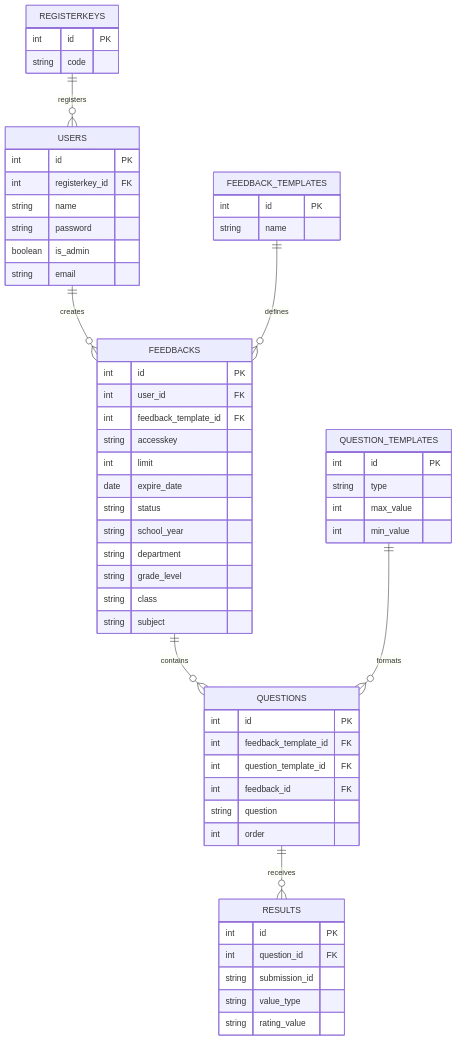
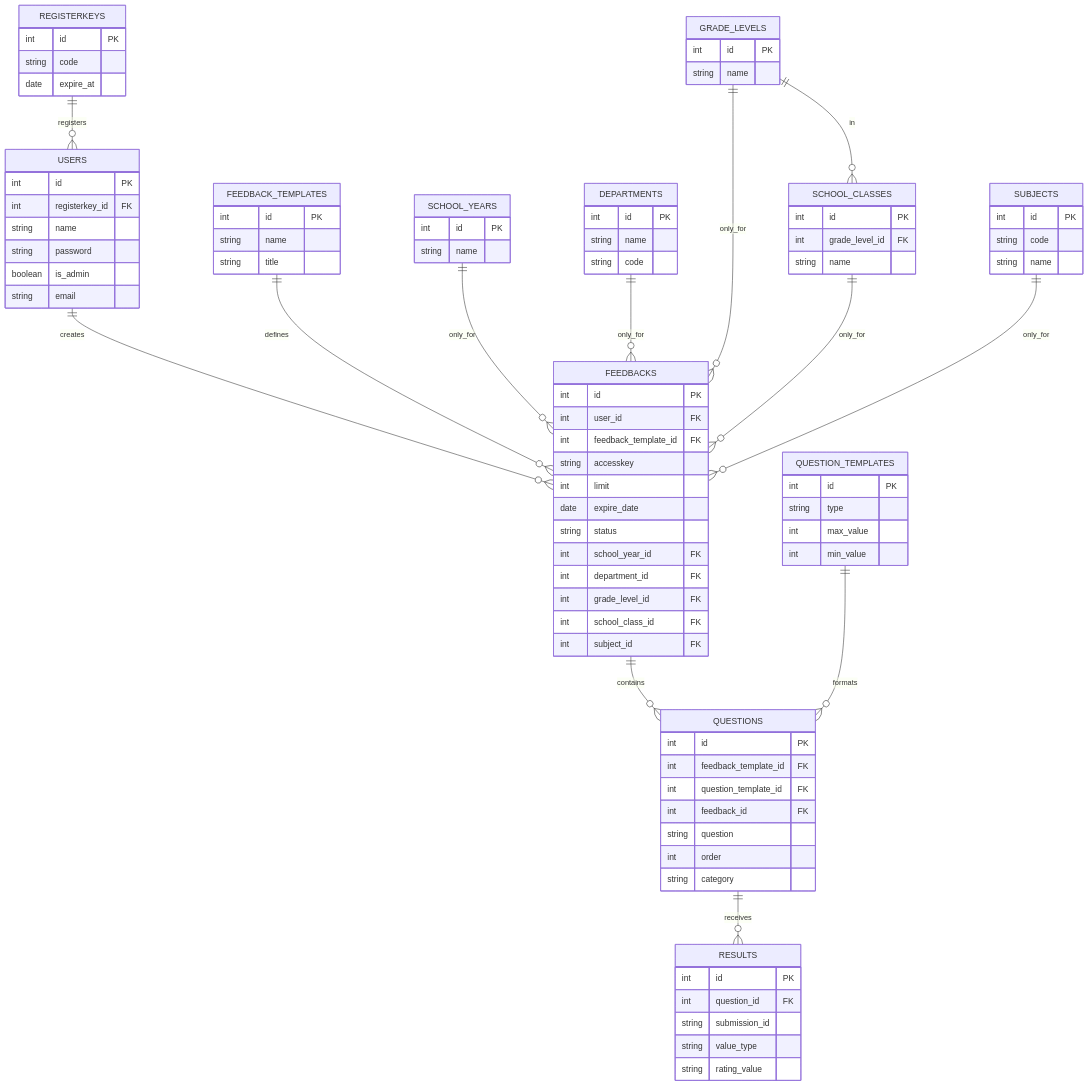
The diagram in Database_Relations.md (feedback-forms/feedback-forms), drawn with Mermaid before and after one commit. The commit also changed other lines of this file, not shown here.

Commit message:
change ER Model to match normalized database schema

````diff
--- a/Database_Relations.md
+++ b/Database_Relations.md
@@ -6,6 +6,12 @@
     FEEDBACKS ||--o{ QUESTIONS : contains
     QUESTION_TEMPLATES ||--o{ QUESTIONS : formats
     QUESTIONS ||--o{ RESULTS : receives
+    SCHOOL_YEARS ||--o{ FEEDBACKS : only_for
+    DEPARTMENTS ||--o{ FEEDBACKS: only_for
+    GRADE_LEVELS ||--o{ FEEDBACKS: only_for
+    SCHOOL_CLASSES ||--o{ FEEDBACKS: only_for
+    GRADE_LEVELS ||--o{ SCHOOL_CLASSES: in
+    SUBJECTS ||--o{ FEEDBACKS: only_for
     USERS {
         int id PK
         int registerkey_id FK
@@ -17,6 +23,7 @@
     REGISTERKEYS {
         int id PK
         string code
+        date expire_at
     }
     FEEDBACKS {
         int id PK
@@ -26,15 +33,16 @@
         int limit
         date expire_date
         string status
-        string school_year
-        string department
-        string grade_level
-        string class
-        string subject
+        int school_year_id FK
+        int department_id FK
+        int grade_level_id FK
+        int school_class_id FK
+        int subject_id FK
     }
     FEEDBACK_TEMPLATES {
         int id PK
         string name
+        string title
     }
     QUESTIONS {
         int id PK
@@ -43,6 +51,7 @@
         int feedback_id FK
         string question
         int order
+        string category
     }
     QUESTION_TEMPLATES {
         int id PK
@@ -57,4 +66,27 @@
         string value_type
         string rating_value
     }
+    SCHOOL_YEARS {
+        int id PK
+        string name
+    }
+    DEPARTMENTS {
+        int id PK
+        string name
+        string code
+    }
+    GRADE_LEVELS {
+        int id PK
+        string name
+    }
+    SCHOOL_CLASSES {
+        int id PK
+        int grade_level_id FK
+        string name
+    }
+    SUBJECTS {
+        int id PK
+        string code
+        string name
+    }
 ```
````
